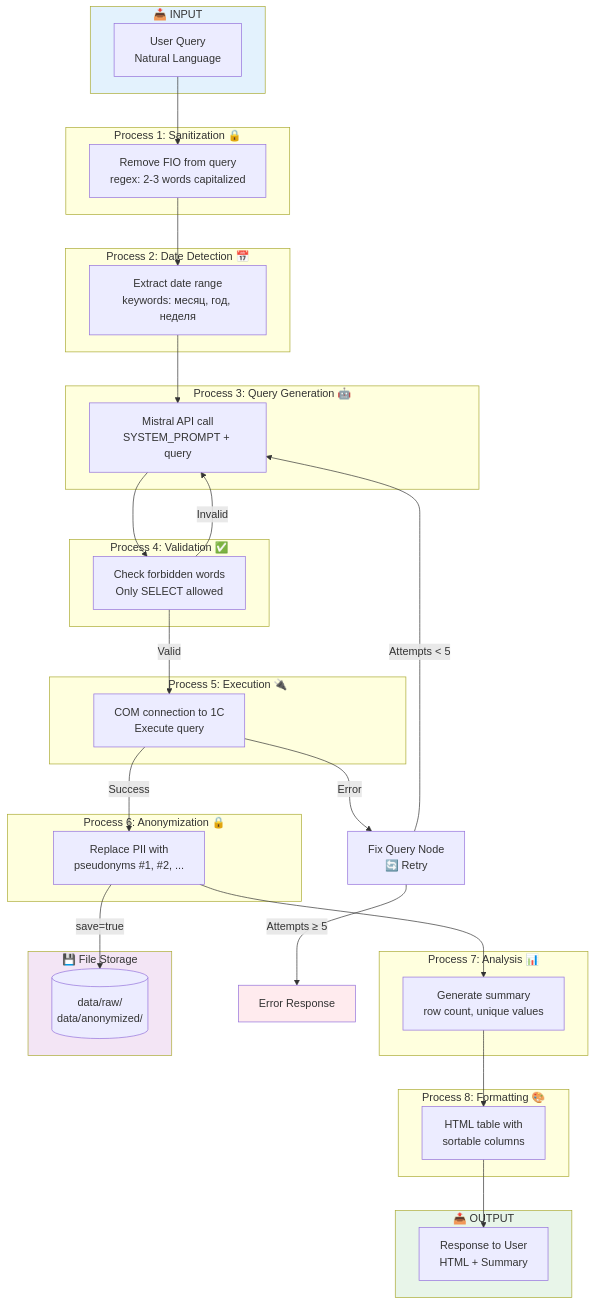
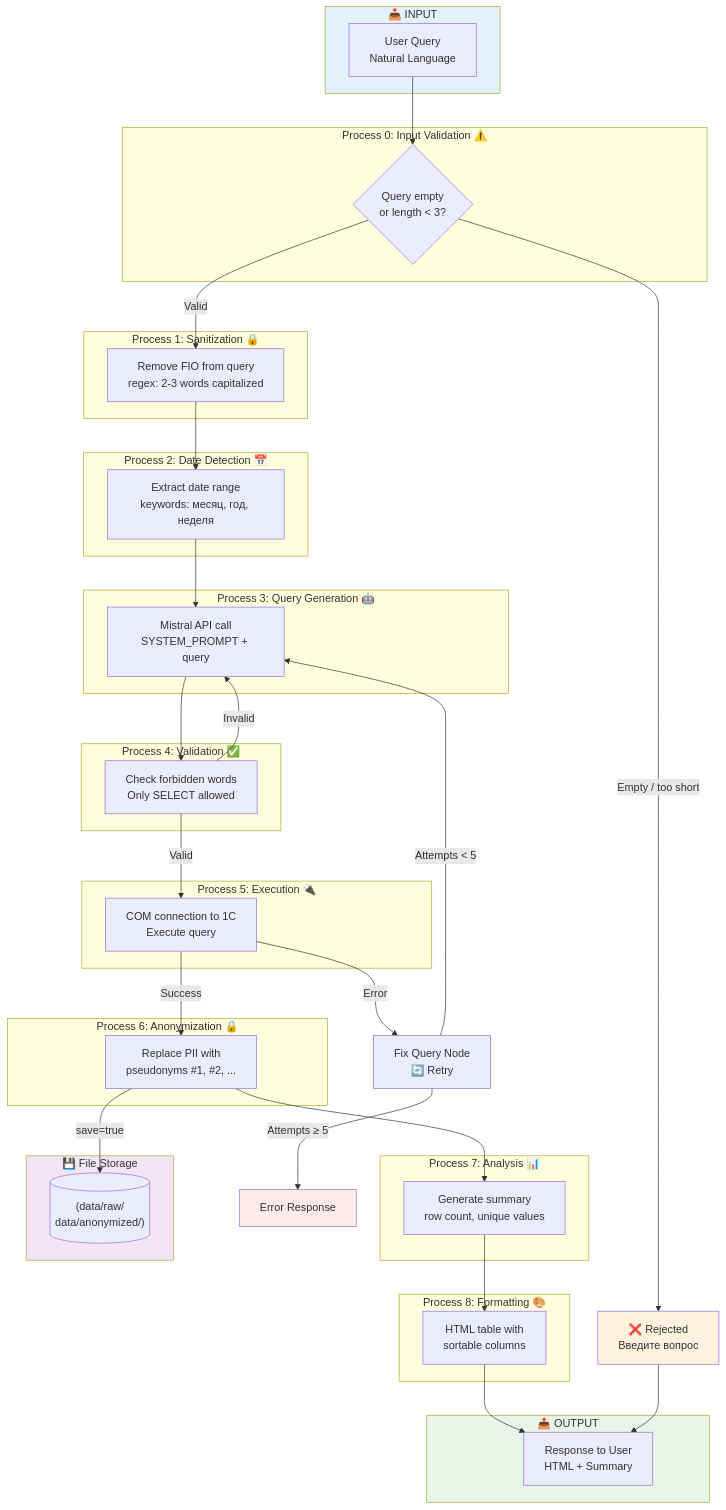
The diagram in docs/diagrams/workflow.md (Onik110/Analytical-Agent), drawn with Mermaid before and after one commit. The commit also changed other lines of this file and 33 other files, not shown here.

````diff
--- a/docs/diagrams/workflow.md
+++ b/docs/diagrams/workflow.md
@@ -5,66 +5,74 @@
 ```mermaid
 flowchart TD
     subgraph Input["📥 INPUT"]
         U[User Query<br>Natural Language]
     end
-    
+
+    subgraph P0["Process 0: Input Validation ⚠️"]
+        V0{Query empty<br>or length < 3?}
+    end
+
     subgraph P1["Process 1: Sanitization 🔒"]
         S1[Remove FIO from query<br>regex: 2-3 words capitalized]
     end
-    
+
     subgraph P2["Process 2: Date Detection 📅"]
         S2[Extract date range<br>keywords: месяц, год, неделя]
     end
-    
+
     subgraph P3["Process 3: Query Generation 🤖"]
         S3[Mistral API call<br>SYSTEM_PROMPT + query]
     end
-    
+
     subgraph P4["Process 4: Validation ✅"]
         S4[Check forbidden words<br>Only SELECT allowed]
     end
-    
+
     subgraph P5["Process 5: Execution 🔌"]
         S5[COM connection to 1C<br>Execute query]
     end
-    
+
     subgraph P6["Process 6: Anonymization 🔒"]
         S6[Replace PII with<br>pseudonyms #1, #2, ...]
     end
-    
+
     subgraph P7["Process 7: Analysis 📊"]
         S7[Generate summary<br>row count, unique values]
     end
-    
+
     subgraph P8["Process 8: Formatting 🎨"]
         S8[HTML table with<br>sortable columns]
     end
-    
+
     subgraph Output["📤 OUTPUT"]
         R[Response to User<br>HTML + Summary]
     end
-    
+
     subgraph Storage["💾 File Storage"]
-        FS[(data/raw/<br>data/anonymized/)]
+        FS[("(data/raw/<br>data/anonymized/)")]
     end
-    
-    U --> S1
+
+    U --> V0
+    V0 -->|Empty / too short| REJ["❌ Rejected<br>Введите вопрос"]
+    V0 -->|Valid| S1
     S1 --> S2
     S2 --> S3
     S3 --> S4
     S4 -->|Valid| S5
     S4 -->|Invalid| S3
     S5 -->|Success| S6
-    S5 -->|Error| FIX[Fix Query Node<br>🔄 Retry]
+    S5 -->|Error| FIX["Fix Query Node<br>🔄 Retry"]
     FIX -->|Attempts < 5| S3
     FIX -->|Attempts ≥ 5| ERR[Error Response]
     S6 --> S7
     S7 --> S8
     S8 --> R
     S6 -->|save=true| FS
-    
+    REJ --> R
+
     style Input fill:#e3f2fd
     style Output fill:#e8f5e9
     style Storage fill:#f3e5f5
     style ERR fill:#ffebee
+    style REJ fill:#fff3e0
 ```
````
